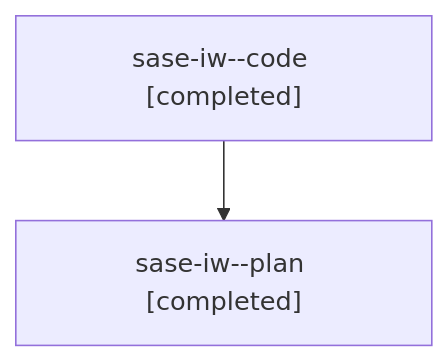
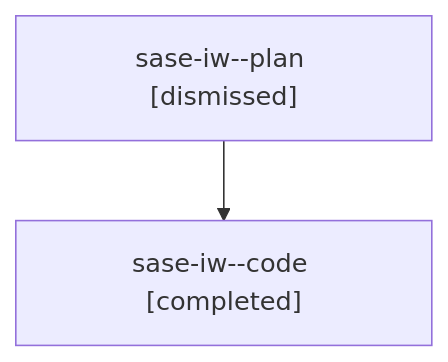
One commit to sase-org/sase--agents changed the diagram in families/bbugyi200.athena.sase-iw.md. Above: the diagram before and after it, drawn with Mermaid. The commit also changed other lines of this file and 1973 other files, not shown here.

````diff
--- a/families/bbugyi200.athena.sase-iw.md
+++ b/families/bbugyi200.athena.sase-iw.md
@@ -9,6 +9,6 @@
 ```mermaid
 flowchart TD
-  n0["sase-iw--code [completed]"]
-  n1["sase-iw--plan [completed]"]
+  n0["sase-iw--plan [dismissed]"]
+  n1["sase-iw--code [completed]"]
   n0 --> n1
 ```
````
